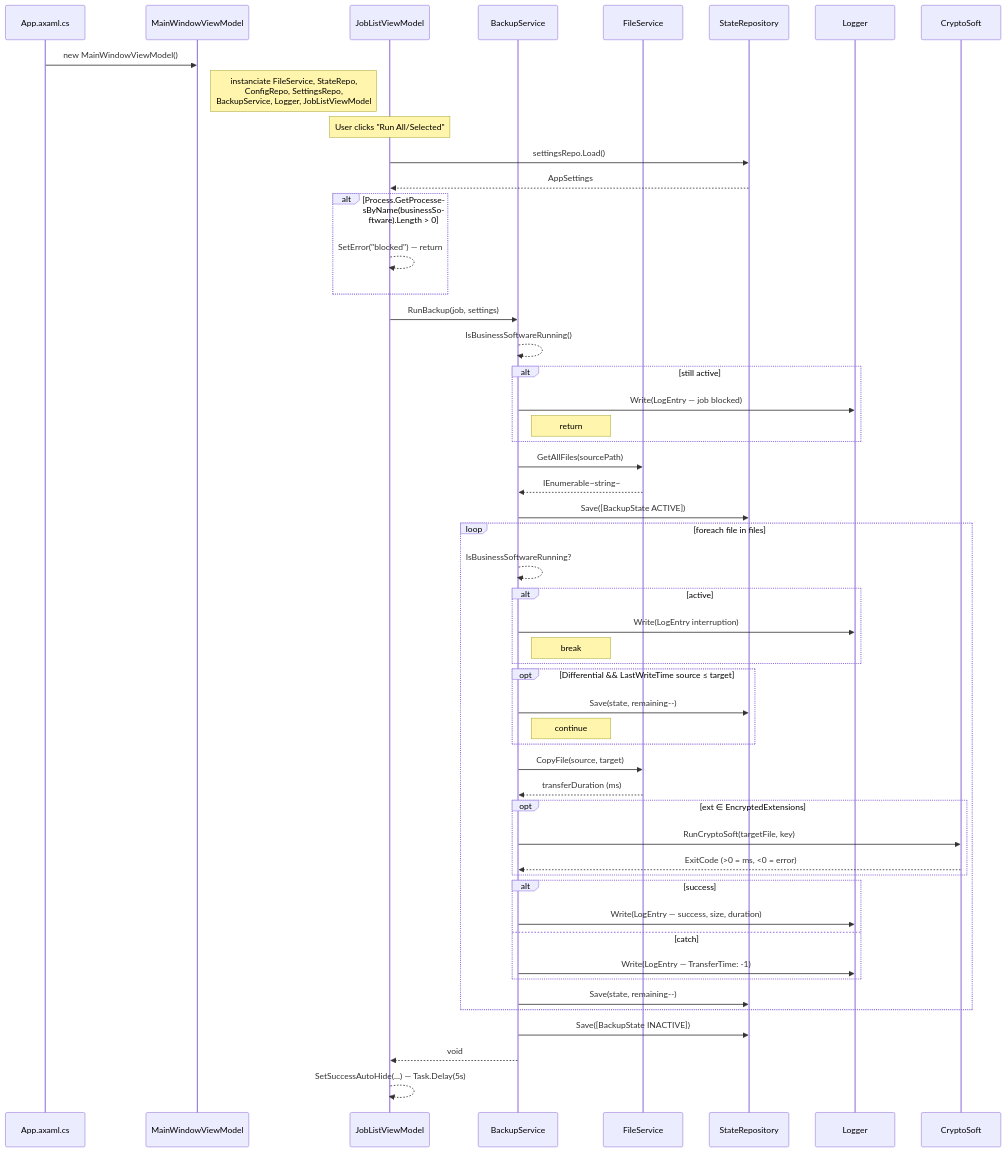
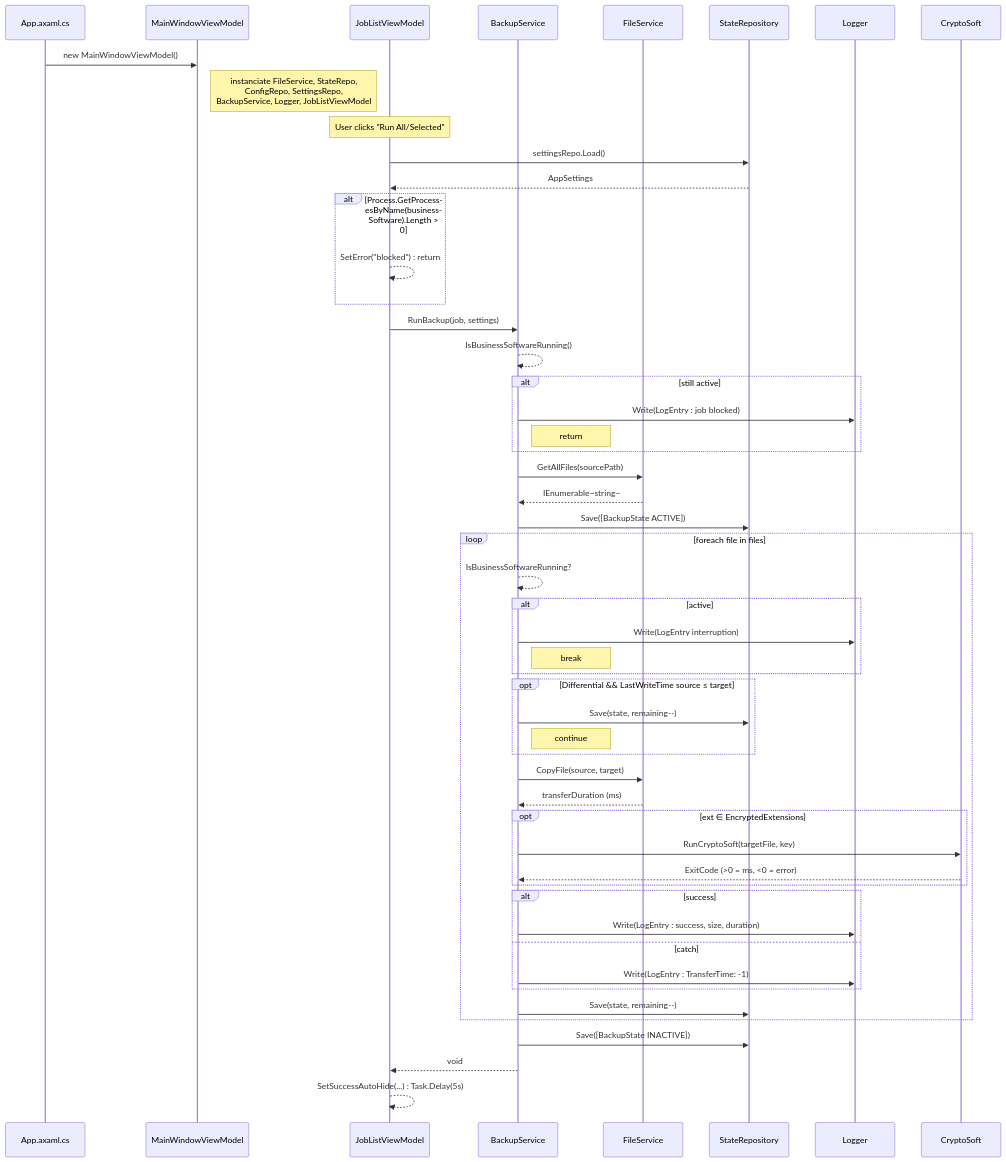
One commit to louolM/Software-Engineering changed the third of 3 diagrams in README.md. Above: the diagram before and after it, drawn with Mermaid. The commit also changed other lines of this file, not shown here.

````diff
--- a/README.md
+++ b/README.md
@@ -359,70 +359,70 @@
 ```mermaid
 sequenceDiagram
     participant App as App.axaml.cs
     participant MWvm as MainWindowViewModel
     participant JLvm as JobListViewModel
     participant BS as BackupService
     participant FS as FileService
     participant SR as StateRepository
     participant LG as Logger
     participant CS as CryptoSoft
 
     App->>MWvm: new MainWindowViewModel()
     note right of MWvm: instanciate FileService, StateRepo,<br/>ConfigRepo, SettingsRepo,<br/>BackupService, Logger, JobListViewModel
 
     note over JLvm: User clicks "Run All/Selected"
 
     JLvm->>SR: settingsRepo.Load()
     SR-->>JLvm: AppSettings
 
     alt Process.GetProcessesByName(businessSoftware).Length > 0
-        JLvm-->>JLvm: SetError("blocked") — return
+        JLvm-->>JLvm: SetError("blocked") : return
     end
 
     JLvm->>BS: RunBackup(job, settings)
 
     BS-->>BS: IsBusinessSoftwareRunning()
     alt still active
-        BS->>LG: Write(LogEntry — job blocked)
+        BS->>LG: Write(LogEntry : job blocked)
         note right of BS: return
     end
 
     BS->>FS: GetAllFiles(sourcePath)
     FS-->>BS: IEnumerable~string~
 
     BS->>SR: Save([BackupState ACTIVE])
 
     loop foreach file in files
         BS-->>BS: IsBusinessSoftwareRunning?
         alt active
             BS->>LG: Write(LogEntry interruption)
             note right of BS: break
         end
 
         opt Differential && LastWriteTime source ≤ target
             BS->>SR: Save(state, remaining--)
             note right of BS: continue
         end
 
         BS->>FS: CopyFile(source, target)
         FS-->>BS: transferDuration (ms)
 
         opt ext ∈ EncryptedExtensions
             BS->>CS: RunCryptoSoft(targetFile, key)
             CS-->>BS: ExitCode (>0 = ms, <0 = error)
         end
 
         alt success
-            BS->>LG: Write(LogEntry — success, size, duration)
+            BS->>LG: Write(LogEntry : success, size, duration)
         else catch
-            BS->>LG: Write(LogEntry — TransferTime: -1)
+            BS->>LG: Write(LogEntry : TransferTime: -1)
         end
 
         BS->>SR: Save(state, remaining--)
     end
 
     BS->>SR: Save([BackupState INACTIVE])
     BS-->>JLvm: void
 
-    JLvm-->>JLvm: SetSuccessAutoHide(...) — Task.Delay(5s)
+    JLvm-->>JLvm: SetSuccessAutoHide(...) : Task.Delay(5s)
 ```
````
